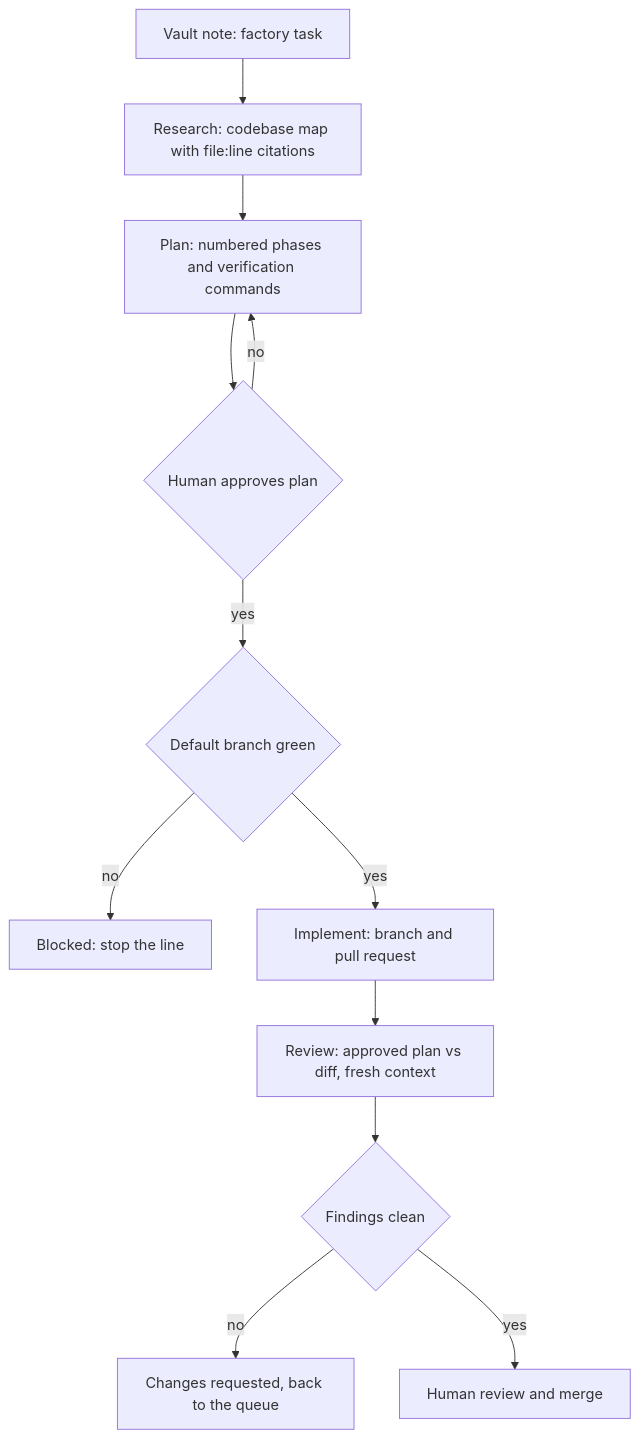
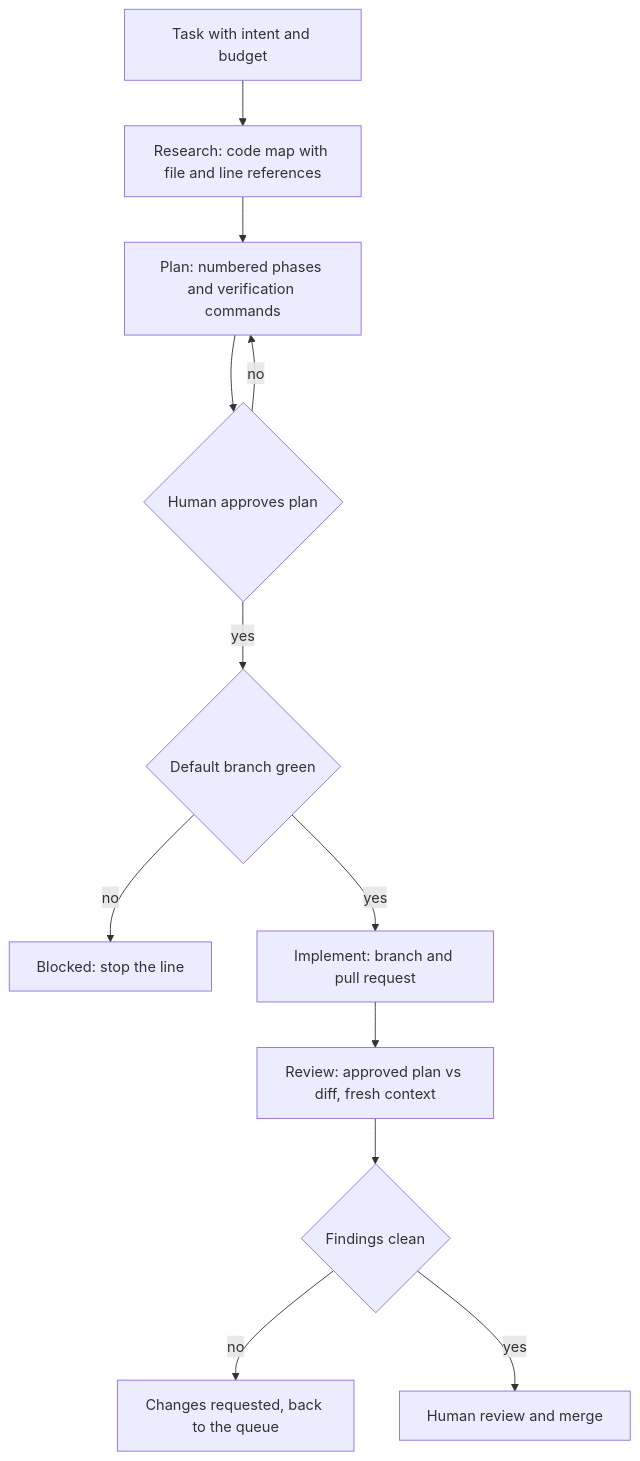
Before and after one commit to monad-systems/monad.hu: the second of 2 diagrams in posts/en/building-blocks-ai-native-development.md, drawn with Mermaid. The commit also changed other lines of this file and 1 other file, not shown here.

````diff
--- a/posts/en/building-blocks-ai-native-development.md
+++ b/posts/en/building-blocks-ai-native-development.md
@@ -155,14 +142,14 @@
 ```mermaid
 flowchart TD
-    A[Vault note: factory task] --> B[Research: codebase map with file:line citations]
+    A[Task with intent and budget] --> B[Research: code map with file and line references]
     B --> C[Plan: numbered phases and verification commands]
     C --> D{Human approves plan}
     D -->|no| C
     D -->|yes| E{Default branch green}
     E -->|no| F[Blocked: stop the line]
     E -->|yes| G[Implement: branch and pull request]
     G --> H[Review: approved plan vs diff, fresh context]
     H --> I{Findings clean}
     I -->|no| J[Changes requested, back to the queue]
     I -->|yes| K[Human review and merge]
 ```
````
